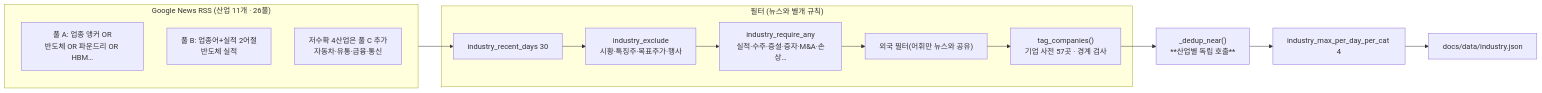
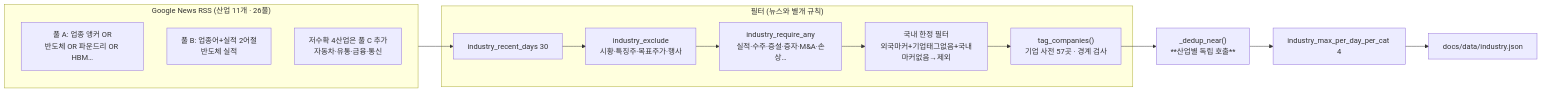
Before and after one commit to jaehyuk-choi-KICPA/KICPA_CAREER_HUB_SITE: the fourth of 7 diagrams in docs-meta/WORKFLOW.md, drawn with Mermaid. The commit also changed other lines of this file and 18 other files, not shown here.

````diff
--- a/docs-meta/WORKFLOW.md
+++ b/docs-meta/WORKFLOW.md
@@ -169,20 +168,20 @@
 ```mermaid
 flowchart LR
     subgraph IRSS["Google News RSS (산업 11개 · 26풀)"]
         I1["풀 A: 업종 앵커 OR<br/>반도체 OR 파운드리 OR HBM…"]
         I2["풀 B: 업종어+실적 2어절<br/>반도체 실적"]
         I3["저수확 4산업은 풀 C 추가<br/>자동차·유통·금융·통신"]
     end
     subgraph IFIL["필터 (뉴스와 별개 규칙)"]
         IR["industry_recent_days 30"]
         IE["industry_exclude<br/>시황·특징주·목표주가·행사"]
         IQ["industry_require_any<br/>실적·수주·증설·증자·M&A·손상…"]
-        IF["외국 필터(어휘만 뉴스와 공유)"]
+        IF["국내 한정 필터<br/>외국마커+기업태그없음+국내마커없음→제외"]
         TC["tag_companies()<br/>기업 사전 57곳 · 경계 검사"]
     end
     ND["_dedup_near()<br/>**산업별 독립 호출**"]
     ICAP["industry_max_per_day_per_cat 4"]
     IOUT["docs/data/industry.json"]
 
     IRSS --> IR --> IE --> IQ --> IF --> TC --> ND --> ICAP --> IOUT
 ```
````
